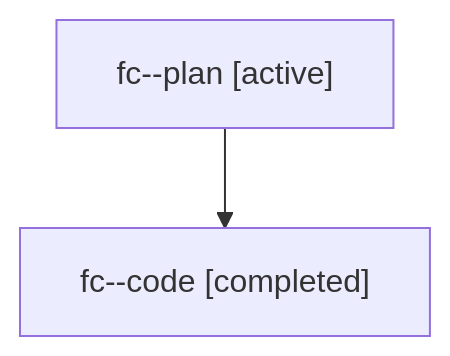
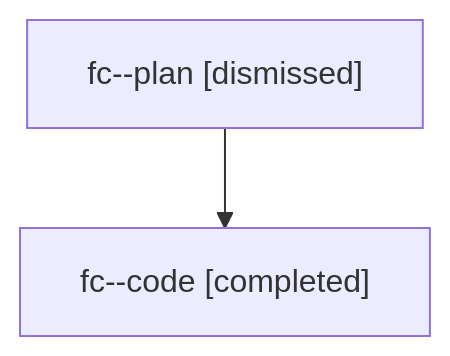
Before and after one commit to sase-org/sase--agents: the diagram in sessions/bbugyi200.athena.fc.md, drawn with Mermaid. The commit also changed other lines of this file and 28 other files, not shown here.

````diff
--- a/sessions/bbugyi200.athena.fc.md
+++ b/sessions/bbugyi200.athena.fc.md
@@ -9,6 +9,6 @@
 ```mermaid
 flowchart TD
-  n0["fc--plan [active]"]
+  n0["fc--plan [dismissed]"]
   n1["fc--code [completed]"]
   n0 --> n1
 ```
````
